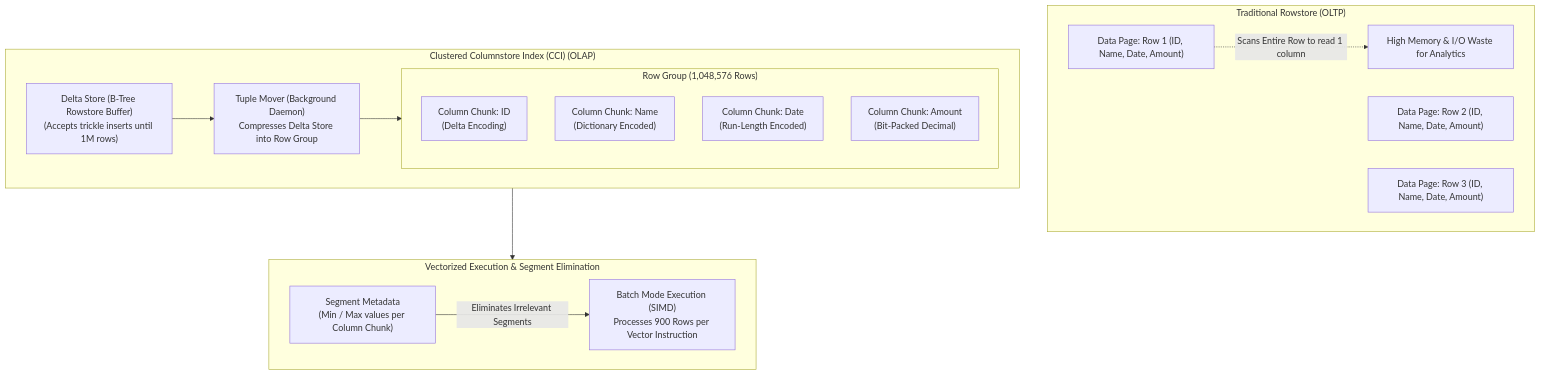
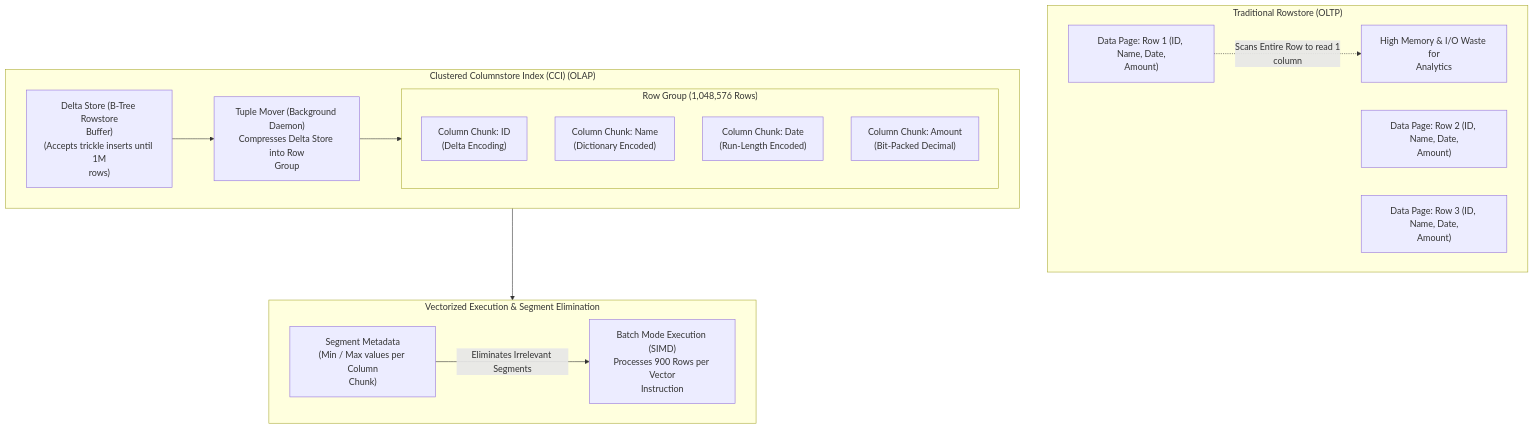
Diagram 11 of 28 in docs/whiteboard_diagrams/handbook_whiteboard_blueprints.md (santoshjammi29/data-system-design-handbook), drawn with Mermaid before and after one commit. The commit also changed other lines of this file and 15 other files, not shown here.

Commit message:
fix(diagrams): word-wrap labels and escape comparison operators across all diagrams

````diff
--- a/docs/whiteboard_diagrams/handbook_whiteboard_blueprints.md
+++ b/docs/whiteboard_diagrams/handbook_whiteboard_blueprints.md
@@ -488,30 +488,30 @@
 ```mermaid
 flowchart TD
     subgraph RowstoreModel ["Traditional Rowstore (OLTP)"]
-        DataPage1["Data Page: Row 1 (ID, Name, Date, Amount)"]
-        DataPage2["Data Page: Row 2 (ID, Name, Date, Amount)"]
-        DataPage3["Data Page: Row 3 (ID, Name, Date, Amount)"]
-        DataPage1 -.->|"Scans Entire Row to read 1 column"| ReadIOPenalty["High Memory & I/O Waste for Analytics"]
+        DataPage1["Data Page: Row 1 (ID, Name, Date,<br/>Amount)"]
+        DataPage2["Data Page: Row 2 (ID, Name, Date,<br/>Amount)"]
+        DataPage3["Data Page: Row 3 (ID, Name, Date,<br/>Amount)"]
+        DataPage1 -.->|"Scans Entire Row to read 1<br/>column"| ReadIOPenalty["High Memory & I/O Waste for<br/>Analytics"]
     end
 
     subgraph ColumnstoreModel ["Clustered Columnstore Index (CCI) (OLAP)"]
         subgraph RowGroup1 ["Row Group (1,048,576 Rows)"]
-            Col1["Column Chunk: ID\n(Delta Encoding)"]
-            Col2["Column Chunk: Name\n(Dictionary Encoded)"]
-            Col3["Column Chunk: Date\n(Run-Length Encoded)"]
-            Col4["Column Chunk: Amount\n(Bit-Packed Decimal)"]
+            Col1["Column Chunk: ID<br/>(Delta Encoding)"]
+            Col2["Column Chunk: Name<br/>(Dictionary Encoded)"]
+            Col3["Column Chunk: Date<br/>(Run-Length Encoded)"]
+            Col4["Column Chunk: Amount<br/>(Bit-Packed Decimal)"]
         end
 
-        DeltaStore["Delta Store (B-Tree Rowstore Buffer)\n(Accepts trickle inserts until 1M rows)"]
-        TupleMover["Tuple Mover (Background Daemon)\nCompresses Delta Store into Row Group"]
+        DeltaStore["Delta Store (B-Tree Rowstore<br/>Buffer)<br/>(Accepts trickle inserts until 1M<br/>rows)"]
+        TupleMover["Tuple Mover (Background Daemon)<br/>Compresses Delta Store into Row<br/>Group"]
         DeltaStore --> TupleMover --> RowGroup1
     end
 
     subgraph QueryExecution ["Vectorized Execution & Segment Elimination"]
-        Metadata["Segment Metadata\n(Min / Max values per Column Chunk)"]
-        VectorEngine["Batch Mode Execution (SIMD)\nProcesses 900 Rows per Vector Instruction"]
+        Metadata["Segment Metadata<br/>(Min / Max values per Column<br/>Chunk)"]
+        VectorEngine["Batch Mode Execution (SIMD)<br/>Processes 900 Rows per Vector<br/>Instruction"]
         Metadata -->|"Eliminates Irrelevant Segments"| VectorEngine
     end
 
     ColumnstoreModel --> QueryExecution
 ```
````
